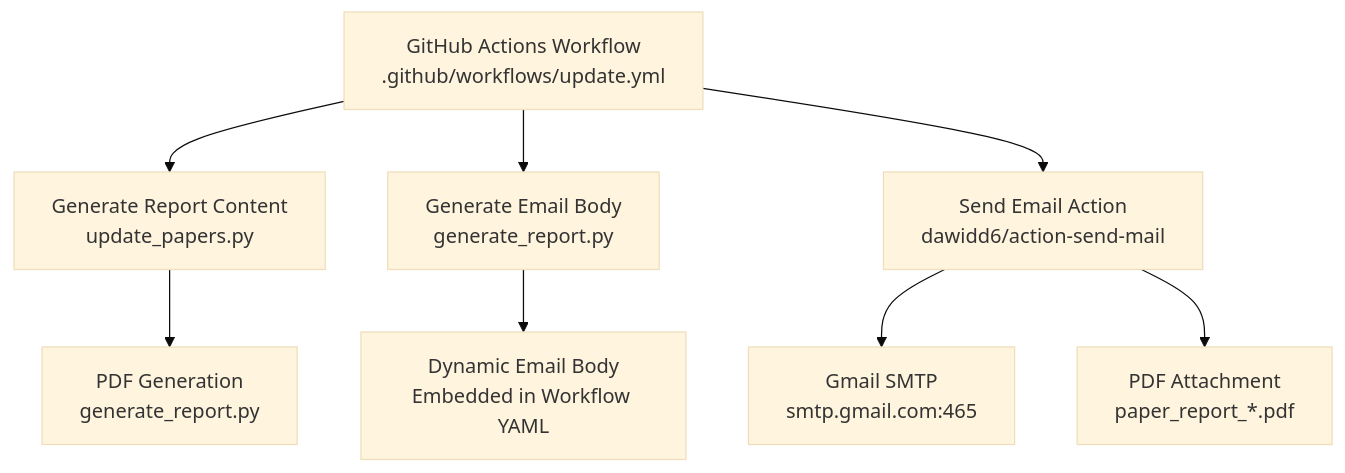
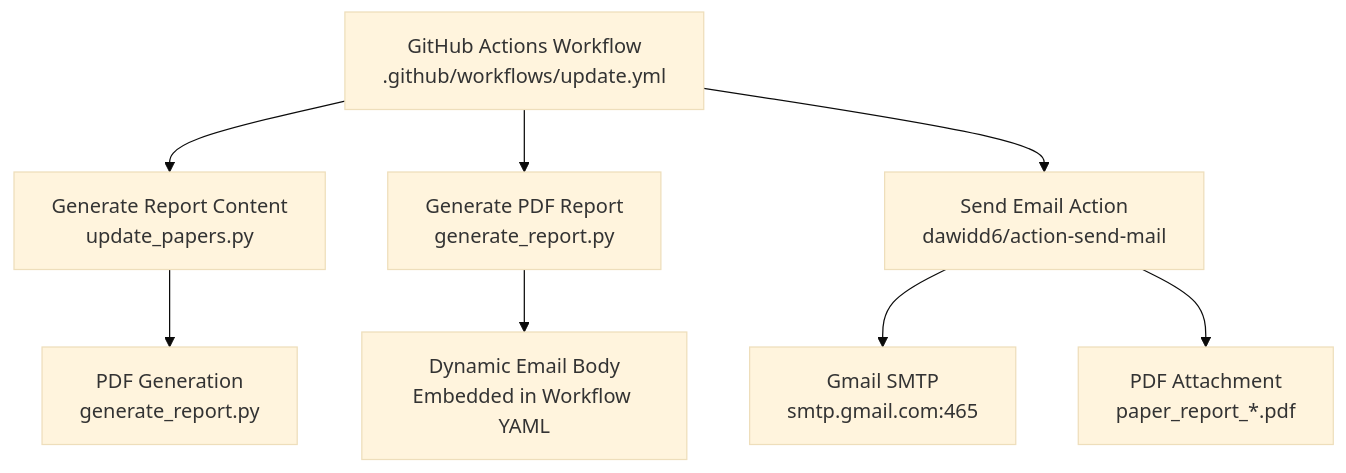
The first of 3 diagrams in .qoder/repowiki/en/content/Configuration Guide/Email Notification System.md (junxie01/paper_weekly), drawn with Mermaid (base theme) before and after one commit. The commit also changed other lines of this file and 4 other files, not shown here.

Commit message:
Fix all Unicode characters in generate_report.py

````diff
--- a/.qoder/repowiki/en/content/Configuration Guide/Email Notification System.md
+++ b/.qoder/repowiki/en/content/Configuration Guide/Email Notification System.md
@@ -48,10 +48,10 @@
 ```mermaid
 graph TB
 A["GitHub Actions Workflow<br/>.github/workflows/update.yml"] --> B["Generate Report Content<br/>update_papers.py"]
-A --> C["Generate Email Body<br/>generate_report.py"]
+A --> C["Generate PDF Report<br/>generate_report.py"]
 B --> D["PDF Generation<br/>generate_report.py"]
 A --> E["Send Email Action<br/>dawidd6/action-send-mail"]
 E --> F["Gmail SMTP<br/>smtp.gmail.com:465"]
 E --> G["PDF Attachment<br/>paper_report_*.pdf"]
 C --> H["Dynamic Email Body<br/>Embedded in Workflow YAML"]
 ```
````
